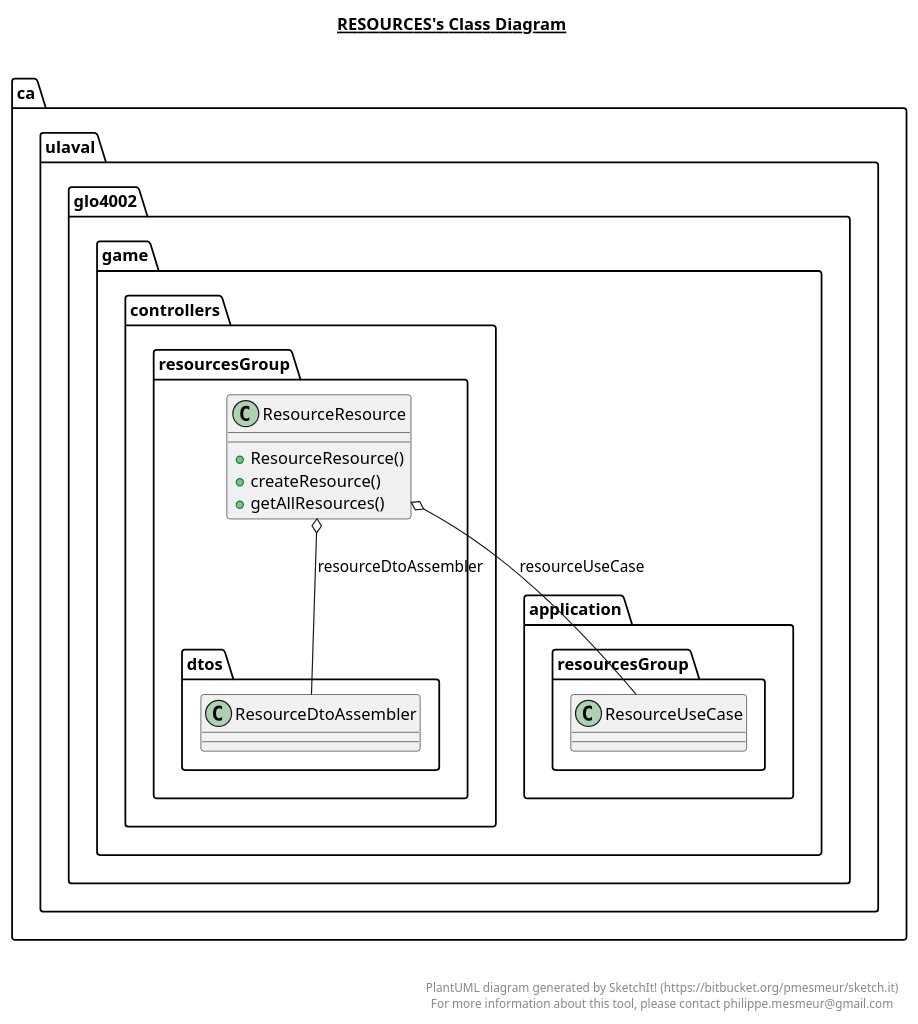
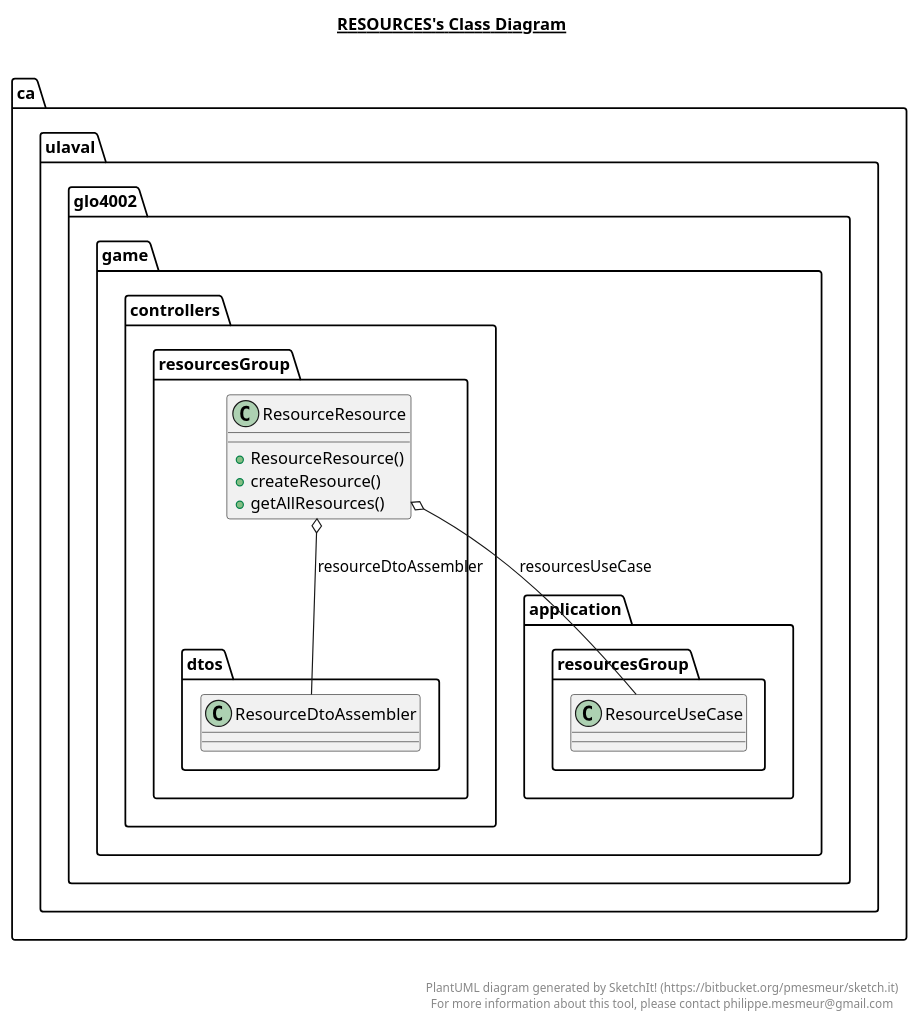
Before and after one commit to MALEC321/MEP7: the diagram in game-api/src/main/java/ca/ulaval/glo4002/game/controllers/resources/resources.plantuml, drawn with PlantUML. The commit also changed 32 other files, not shown here.

```diff
--- a/game-api/src/main/java/ca/ulaval/glo4002/game/controllers/resources/resources.plantuml
+++ b/game-api/src/main/java/ca/ulaval/glo4002/game/controllers/resources/resources.plantuml
@@ -1,27 +1,27 @@
 @startuml
 
 title __RESOURCES's Class Diagram__\n
 
     namespace ca.ulaval.glo4002.game {
       namespace controllers.resourcesGroup {
         class ca.ulaval.glo4002.game.controllers.resourcesGroup.ResourceResource {
             + ResourceResource()
             + createResource()
             + getAllResources()
         }
       }
     }
   
 
   ca.ulaval.glo4002.game.controllers.resourcesGroup.ResourceResource o-- ca.ulaval.glo4002.game.controllers.resourcesGroup.dtos.ResourceDtoAssembler : resourceDtoAssembler
-  ca.ulaval.glo4002.game.controllers.resourcesGroup.ResourceResource o-- ca.ulaval.glo4002.game.application.resourcesGroup.ResourceUseCase : resourceUseCase
+  ca.ulaval.glo4002.game.controllers.resourcesGroup.ResourceResource o-- ca.ulaval.glo4002.game.application.resourcesGroup.ResourceUseCase : resourcesUseCase
 
 
 right footer
 
 
 PlantUML diagram generated by SketchIt! (https://bitbucket.org/pmesmeur/sketch.it)
 For more information about this tool, please contact philippe.mesmeur@gmail.com
 endfooter
 
 @enduml
```
